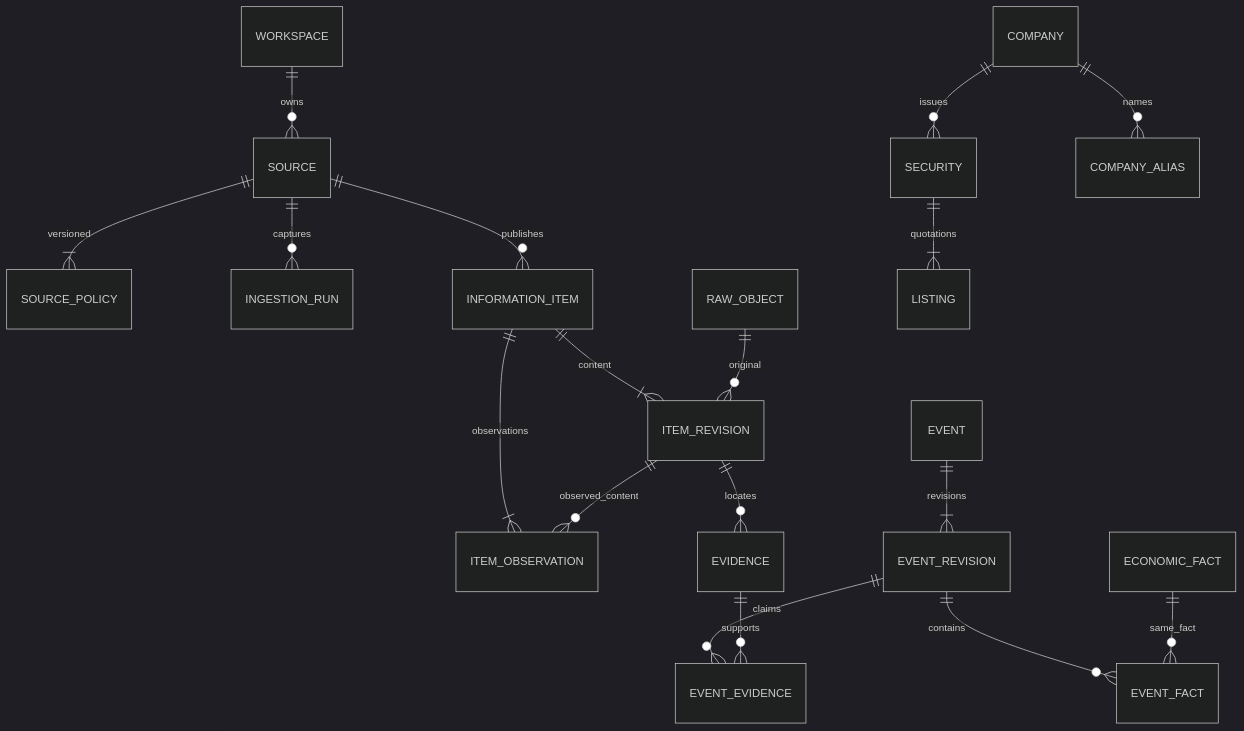
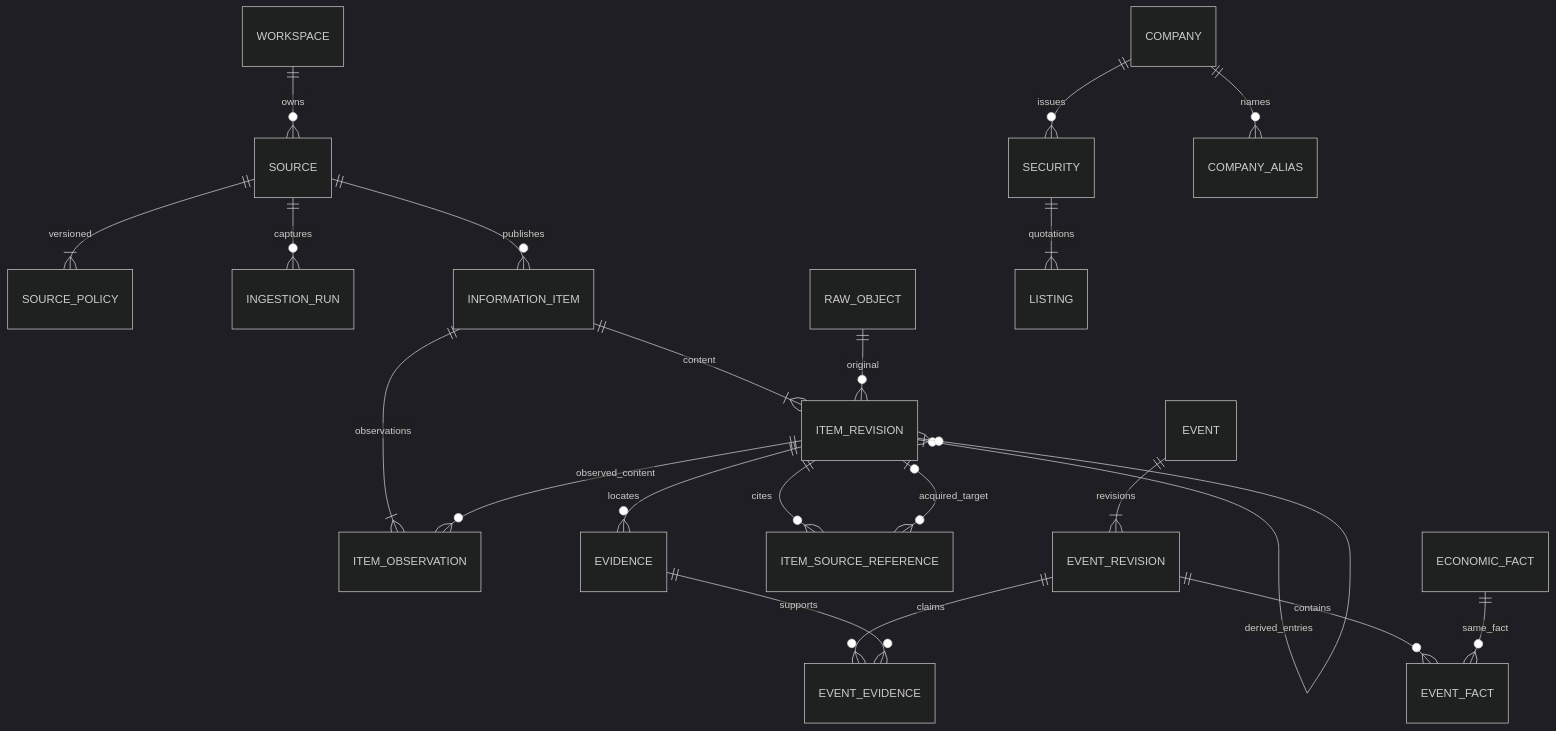
One commit to wildbyteai/value-investment-platform changed the first of 3 diagrams in design/database-dictionary-intro.md. Above: the diagram before and after it, drawn with Mermaid (dark theme). The commit also changed other lines of this file and 78 other files, not shown here.

````diff
--- a/design/database-dictionary-intro.md
+++ b/design/database-dictionary-intro.md
@@ -38,20 +38,23 @@
 ```mermaid
 erDiagram
     WORKSPACE ||--o{ SOURCE : owns
     SOURCE ||--|{ SOURCE_POLICY : versioned
     SOURCE ||--o{ INGESTION_RUN : captures
     SOURCE ||--o{ INFORMATION_ITEM : publishes
     INFORMATION_ITEM ||--|{ ITEM_REVISION : content
     INFORMATION_ITEM ||--|{ ITEM_OBSERVATION : observations
     ITEM_REVISION ||--o{ ITEM_OBSERVATION : observed_content
     RAW_OBJECT ||--o{ ITEM_REVISION : original
     ITEM_REVISION ||--o{ EVIDENCE : locates
+    ITEM_REVISION ||--o{ ITEM_SOURCE_REFERENCE : cites
+    ITEM_REVISION o|--o{ ITEM_SOURCE_REFERENCE : acquired_target
+    ITEM_REVISION o|--o{ ITEM_REVISION : derived_entries
     COMPANY ||--o{ SECURITY : issues
     SECURITY ||--|{ LISTING : quotations
     COMPANY ||--o{ COMPANY_ALIAS : names
     EVENT ||--|{ EVENT_REVISION : revisions
     EVENT_REVISION ||--o{ EVENT_EVIDENCE : claims
     EVIDENCE ||--o{ EVENT_EVIDENCE : supports
     EVENT_REVISION ||--o{ EVENT_FACT : contains
     ECONOMIC_FACT ||--o{ EVENT_FACT : same_fact
 ```
````
